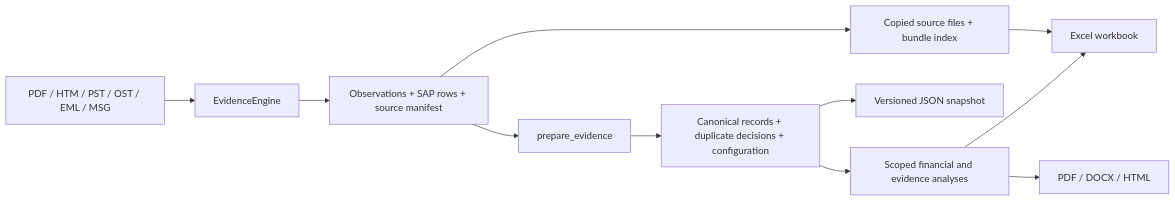
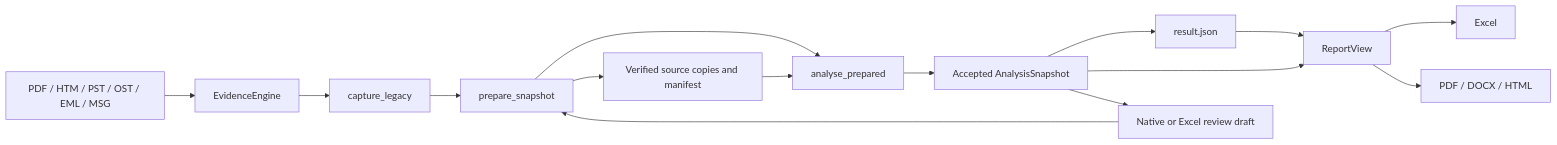
The diagram in docs/ARCHITECTURE.md (volster/edf-bill-fetcher), drawn with Mermaid before and after one commit. The commit also changed other lines of this file and 13 other files, not shown here.

````diff
--- a/docs/ARCHITECTURE.md
+++ b/docs/ARCHITECTURE.md
@@ -25,13 +29,17 @@
 ```mermaid
 flowchart LR
     sources[PDF / HTM / PST / OST / EML / MSG] --> engine[EvidenceEngine]
-    engine --> observations[Observations + SAP rows + source manifest]
-    observations --> prepare[prepare_evidence]
-    prepare --> records[Canonical records + duplicate decisions + configuration]
-    records --> analysis[Scoped financial and evidence analyses]
-    records --> json[Versioned JSON snapshot]
-    analysis --> workbook[Excel workbook]
-    analysis --> reports[PDF / DOCX / HTML]
-    observations --> bundle[Copied source files + bundle index]
-    bundle --> workbook
+    engine --> capture[capture_legacy]
+    capture --> prepare[prepare_snapshot]
+    prepare --> analyse[analyse_prepared]
+    analyse --> accepted[Accepted AnalysisSnapshot]
+    accepted --> json[result.json]
+    json --> view[ReportView]
+    accepted --> view
+    view --> workbook[Excel]
+    view --> reports[PDF / DOCX / HTML]
+    accepted --> review[Native or Excel review draft]
+    review --> prepare
+    prepare --> bundle[Verified source copies and manifest]
+    bundle --> analyse
 ```
````
